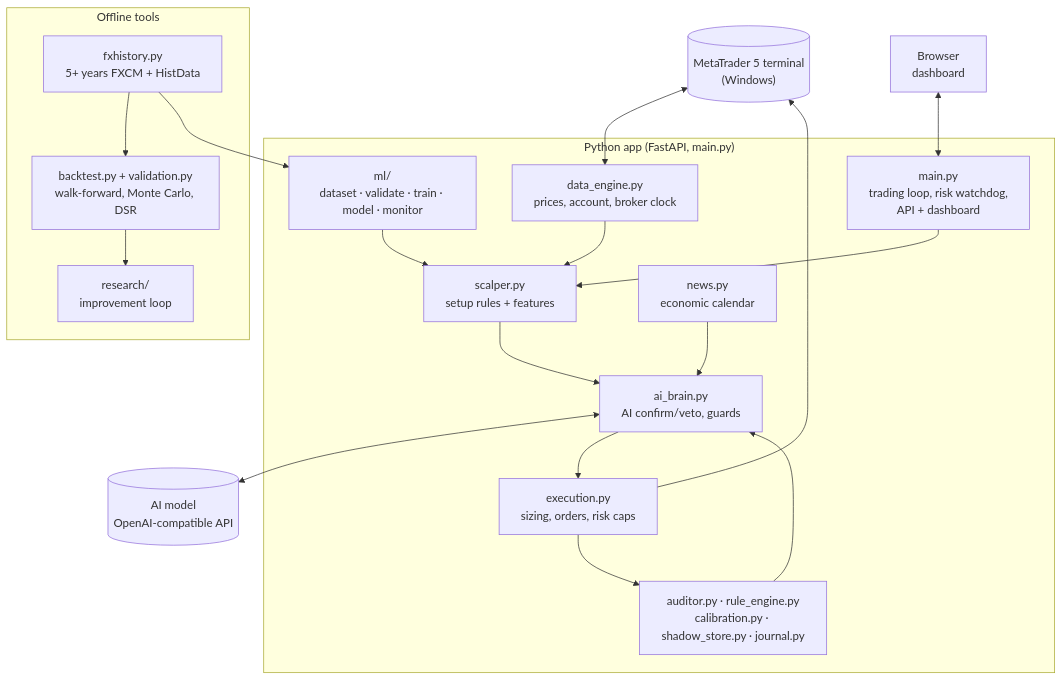
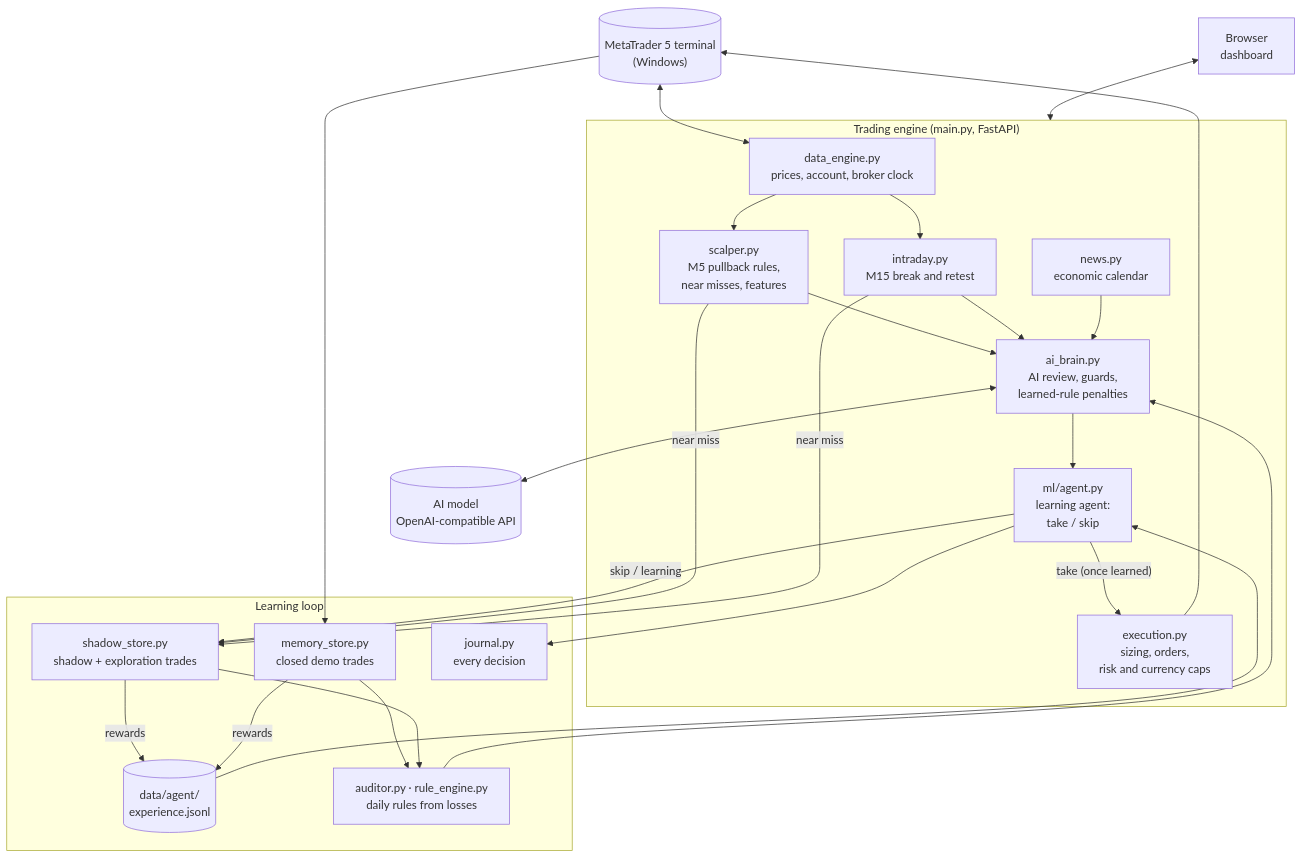
One commit to Hassnain829/Trading-Agent- changed the third of 3 diagrams in README.md. Above: the diagram before and after it, drawn with Mermaid. The commit also changed other lines of this file and 48 other files, not shown here.

````diff
--- a/README.md
+++ b/README.md
@@ -130,36 +192,39 @@
 ```mermaid
 flowchart TB
     MT5[("MetaTrader 5 terminal<br/>(Windows)")]
     LLM[("AI model<br/>OpenAI-compatible API")]
     WEB["Browser<br/>dashboard"]
 
-    subgraph App["Python app (FastAPI, main.py)"]
-        UI["main.py<br/>trading loop, risk watchdog,<br/>API + dashboard"]
+    subgraph Engine["Trading engine (main.py, FastAPI)"]
         DE["data_engine.py<br/>prices, account, broker clock"]
-        SC["scalper.py<br/>setup rules + features"]
-        AB["ai_brain.py<br/>AI confirm/veto, guards"]
-        EX["execution.py<br/>sizing, orders, risk caps"]
+        SC["scalper.py<br/>M5 pullback rules,<br/>near misses, features"]
+        IN["intraday.py<br/>M15 break and retest"]
+        AB["ai_brain.py<br/>AI review, guards,<br/>learned-rule penalties"]
+        AG["ml/agent.py<br/>learning agent:<br/>take / skip"]
+        EX["execution.py<br/>sizing, orders,<br/>risk and currency caps"]
         NW["news.py<br/>economic calendar"]
-        LR["auditor.py · rule_engine.py<br/>calibration.py · shadow_store.py · journal.py"]
-        ML["ml/<br/>dataset · validate · train · model · monitor"]
     end
 
-    subgraph Research["Offline tools"]
-        FH["fxhistory.py<br/>5+ years FXCM + HistData"]
-        BT["backtest.py + validation.py<br/>walk-forward, Monte Carlo, DSR"]
-        RS["research/<br/>improvement loop"]
+    subgraph Learning["Learning loop"]
+        SH["shadow_store.py<br/>shadow + exploration trades"]
+        MS["memory_store.py<br/>closed demo trades"]
+        XP[("data/agent/<br/>experience.jsonl")]
+        AU["auditor.py · rule_engine.py<br/>daily rules from losses"]
+        JR["journal.py<br/>every decision"]
     end
 
     MT5 <--> DE
-    DE --> SC --> AB
+    DE --> SC & IN
+    SC & IN --> AB
     AB <--> LLM
     NW --> AB
-    AB --> EX --> MT5
-    EX --> LR
-    LR --> AB
-    ML --> SC
-    WEB <--> UI
-    UI --> SC
-    FH --> BT --> RS
-    FH --> ML
+    AB --> AG
+    AG -- "take (once learned)" --> EX --> MT5
+    AG -- "skip / learning" --> SH
+    SC & IN -- "near miss" --> SH
+    MT5 --> MS
+    SH & MS -- "rewards" --> XP --> AG
+    MS & SH --> AU --> AB
+    AG --> JR
+    WEB <--> Engine
 ```
````
